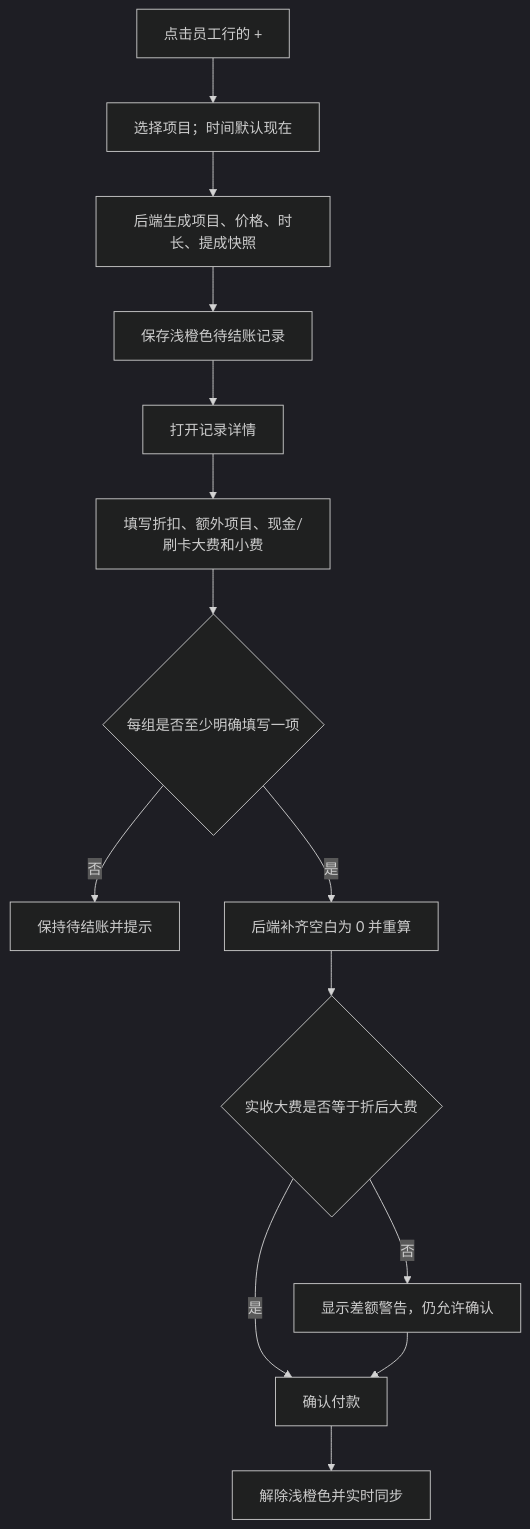
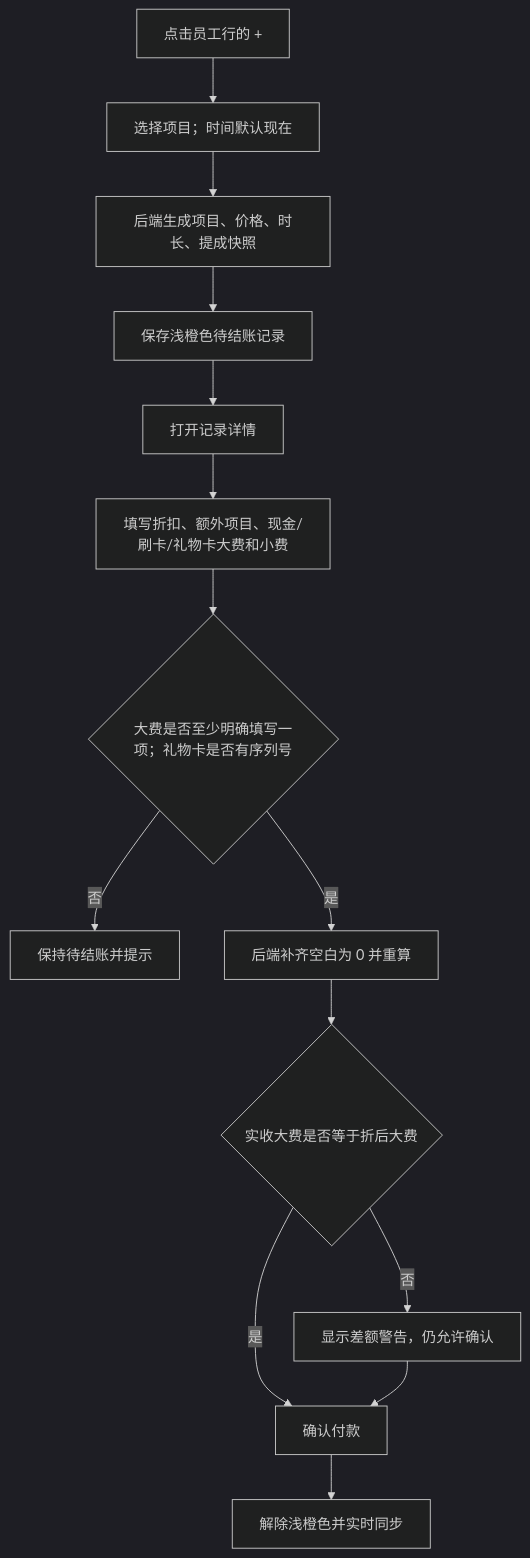
The third of 6 diagrams in ARCHITECTURE_AND_IMPLEMENTATION_PLAN.md (Redonkatonkk/massage-note), drawn with Mermaid (dark theme) before and after one commit. The commit also changed other lines of this file and 54 other files, not shown here.

````diff
--- a/ARCHITECTURE_AND_IMPLEMENTATION_PLAN.md
+++ b/ARCHITECTURE_AND_IMPLEMENTATION_PLAN.md
@@ -178,16 +178,16 @@
 ```mermaid
 flowchart TD
     A["点击员工行的 +"] --> B["选择项目；时间默认现在"]
     B --> C["后端生成项目、价格、时长、提成快照"]
     C --> D["保存浅橙色待结账记录"]
     D --> E["打开记录详情"]
-    E --> F["填写折扣、额外项目、现金/刷卡大费和小费"]
-    F --> G{"每组是否至少明确填写一项"}
+    E --> F["填写折扣、额外项目、现金/刷卡/礼物卡大费和小费"]
+    F --> G{"大费是否至少明确填写一项；礼物卡是否有序列号"}
     G -- 否 --> H["保持待结账并提示"]
     G -- 是 --> I["后端补齐空白为 0 并重算"]
     I --> J{"实收大费是否等于折后大费"}
     J -- 否 --> K["显示差额警告，仍允许确认"]
     J -- 是 --> L["确认付款"]
     K --> L
     L --> M["解除浅橙色并实时同步"]
 ```
````
